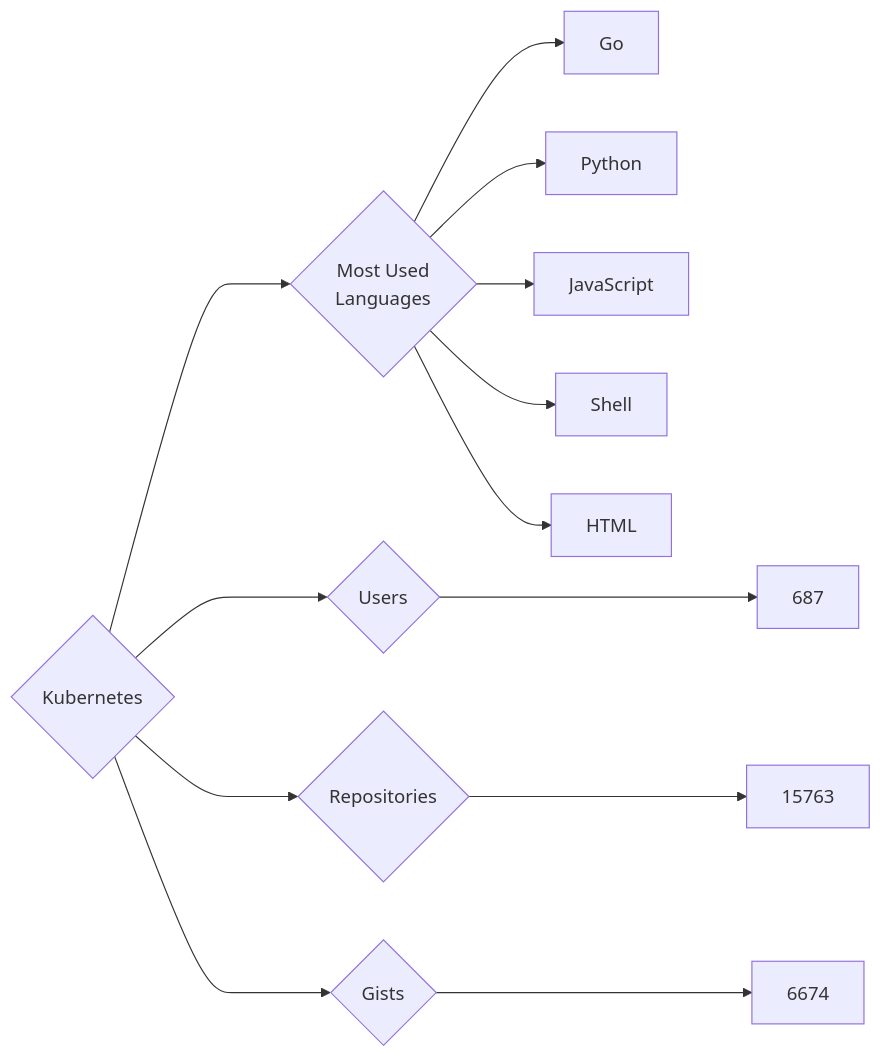
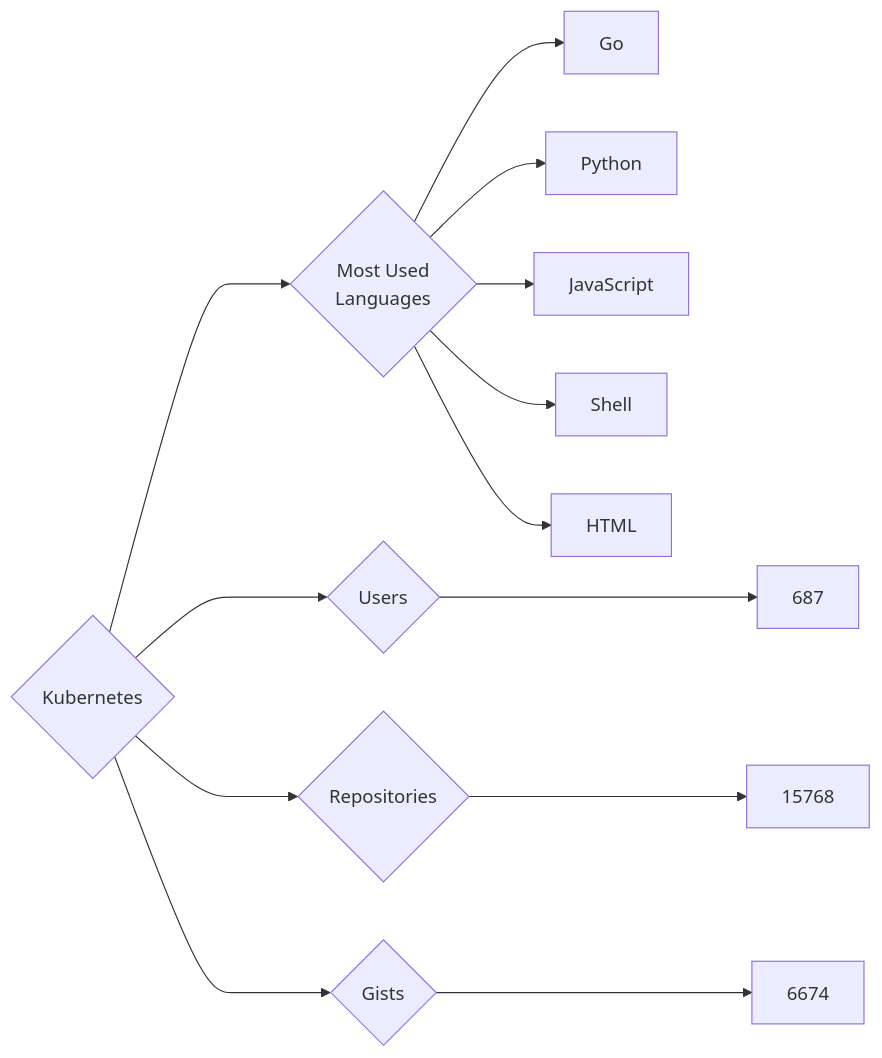
The diagram in targets/Kubernetes/README.md (trickest/insiders), drawn with Mermaid before and after one commit. The commit also changed 644 other files, not shown here.

````diff
--- a/targets/Kubernetes/README.md
+++ b/targets/Kubernetes/README.md
@@ -3,13 +3,13 @@
 ```mermaid
 graph LR
 COMPANY_NAME{Kubernetes}
 COMPANY_NAME ---> U{Users} ---> UN[687]
-COMPANY_NAME ---> R{Repositories} ---> RN[15763]
+COMPANY_NAME ---> R{Repositories} ---> RN[15768]
 COMPANY_NAME ---> G{Gists} ---> GN[6674]
 COMPANY_NAME ---> ML{Most Used<br>Languages}
 ML --> Go[Go]
 ML --> Python[Python]
 ML --> JavaScript[JavaScript]
 ML --> Shell[Shell]
 ML --> HTML[HTML]
 ```
````
